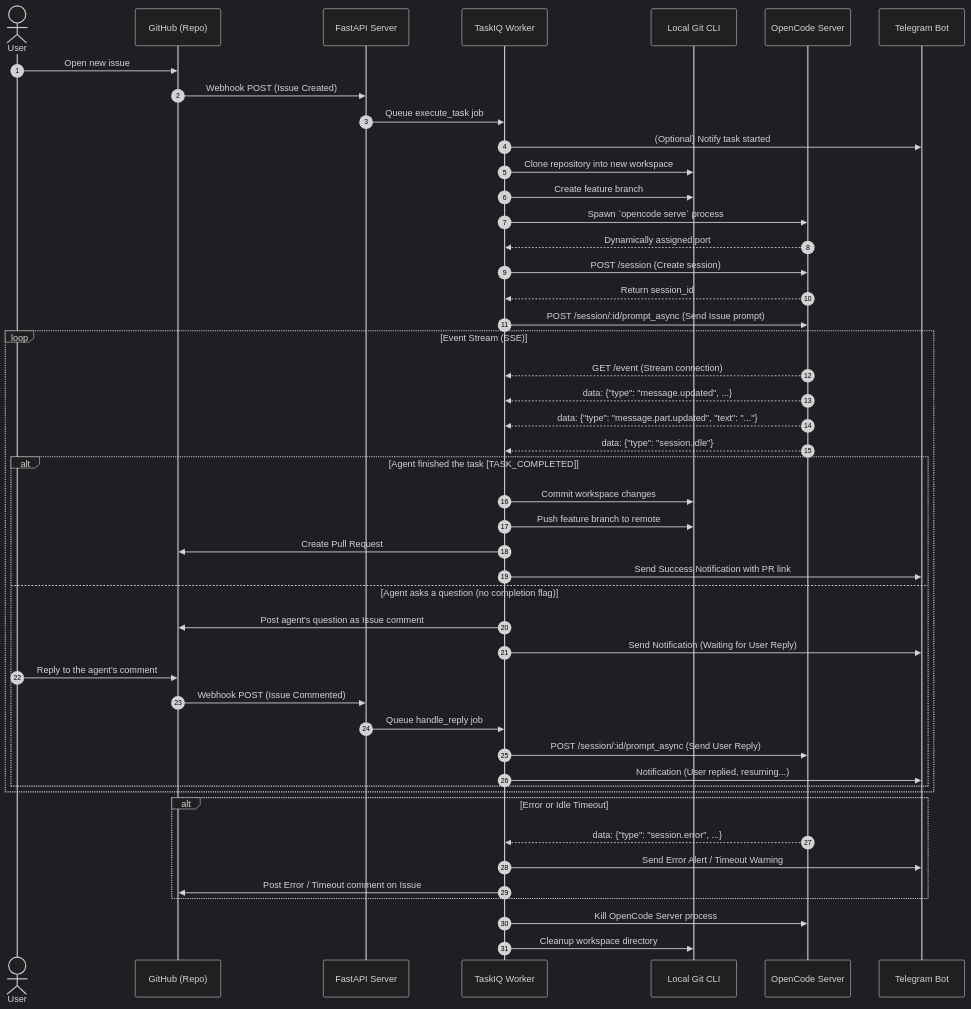
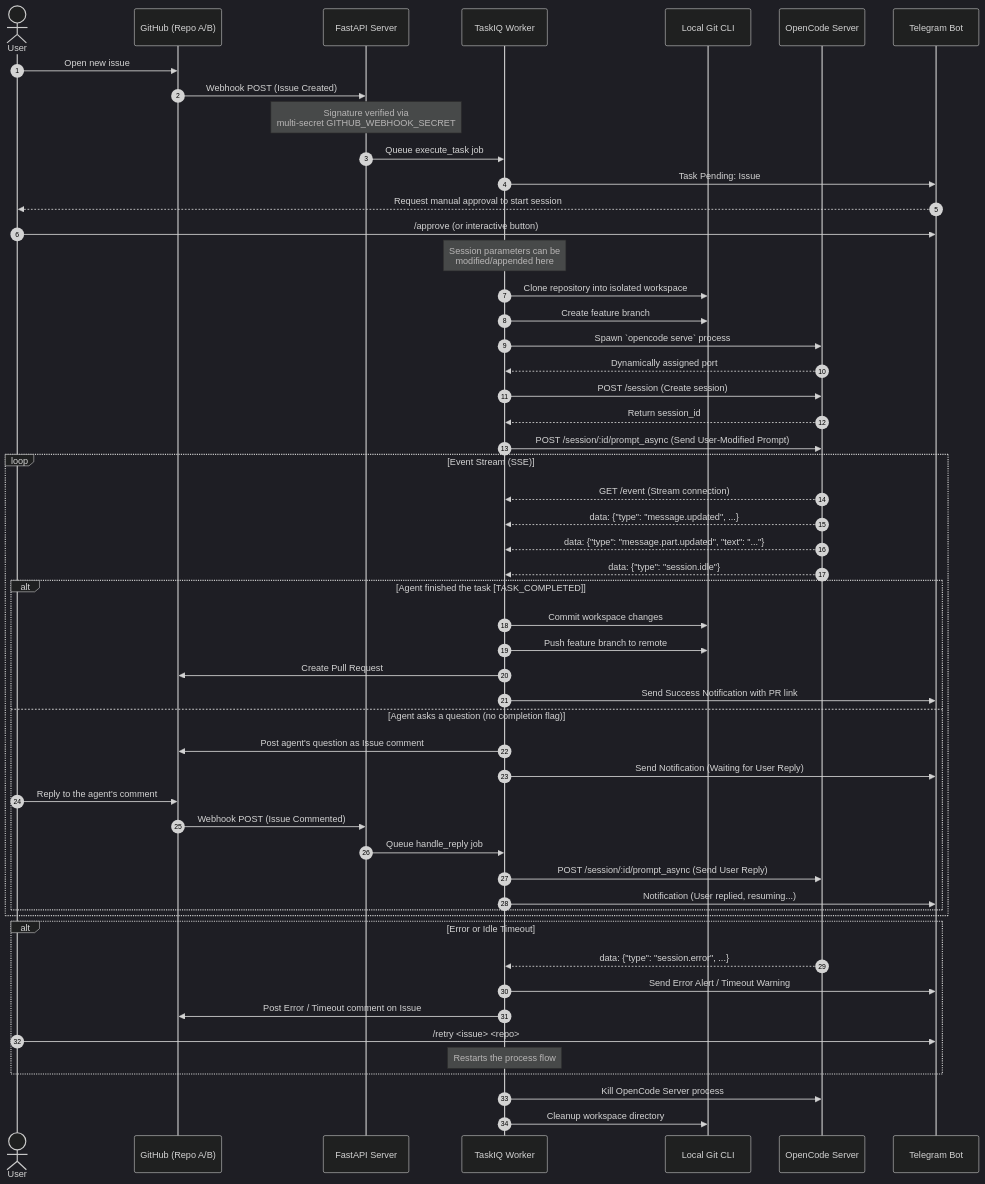
One commit to volk6022/AI-Coding-Agent-Orchestrator changed the diagram in interaction.md. Above: the diagram before and after it, drawn with Mermaid (dark theme). The commit also changed other lines of this file, not shown here.

Commit message:
docs: update interaction.md with multi-repo and HITL flow

````diff
--- a/interaction.md
+++ b/interaction.md
@@ -7,69 +7,79 @@
 ```mermaid
 sequenceDiagram
     autonumber
     
     actor User
-    participant GH as GitHub (Repo)
+    participant GH as GitHub (Repo A/B)
     participant Web as FastAPI Server
     participant Worker as TaskIQ Worker
     participant Git as Local Git CLI
     participant OC as OpenCode Server
     participant TG as Telegram Bot
     
     %% Task Initialization
     User->>GH: Open new issue
     GH->>Web: Webhook POST (Issue Created)
+    Note over Web: Signature verified via<br/>multi-secret GITHUB_WEBHOOK_SECRET
     Web->>Worker: Queue execute_task job
-    Worker->>TG: (Optional) Notify task started
+    Worker->>TG: Task Pending: Issue #N (Repo X)
+    
+    %% HITL Approval
+    TG-->>User: Request manual approval to start session
+    User->>TG: /approve (or interactive button)
+    Note over Worker: Session parameters can be<br/>modified/appended here
     
     %% Environment Setup
-    Worker->>Git: Clone repository into new workspace
+    Worker->>Git: Clone repository into isolated workspace
     Worker->>Git: Create feature branch
     Worker->>OC: Spawn `opencode serve` process
     OC-->>Worker: Dynamically assigned port
     
     %% Session Initialization
     Worker->>OC: POST /session (Create session)
     OC-->>Worker: Return session_id
-    Worker->>OC: POST /session/:id/prompt_async (Send Issue prompt)
+    Worker->>OC: POST /session/:id/prompt_async (Send User-Modified Prompt)
     
     %% SSE Event Loop
     loop Event Stream (SSE)
         OC-->>Worker: GET /event (Stream connection)
         OC-->>Worker: data: {"type": "message.updated", ...}
         
         %% Accumulating Assistant text parts
         OC-->>Worker: data: {"type": "message.part.updated", "text": "..."}
         
         %% Turn completion logic
         OC-->>Worker: data: {"type": "session.idle"}
         
         alt Agent finished the task [TASK_COMPLETED]
             Worker->>Git: Commit workspace changes
             Worker->>Git: Push feature branch to remote
             Worker->>GH: Create Pull Request
             Worker->>TG: Send Success Notification with PR link
             
         else Agent asks a question (no completion flag)
             Worker->>GH: Post agent's question as Issue comment
             Worker->>TG: Send Notification (Waiting for User Reply)
             
             %% Reply logic
             User->>GH: Reply to the agent's comment
             GH->>Web: Webhook POST (Issue Commented)
             Web->>Worker: Queue handle_reply job
             Worker->>OC: POST /session/:id/prompt_async (Send User Reply)
             Worker->>TG: Notification (User replied, resuming...)
         end
     end
     
     %% Error Handling & Cleanup
     alt Error or Idle Timeout
         OC-->>Worker: data: {"type": "session.error", ...}
         Worker->>TG: Send Error Alert / Timeout Warning
         Worker->>GH: Post Error / Timeout comment on Issue
+        
+        %% Admin recovery
+        User->>TG: /retry <issue> <repo>
+        Note over Worker: Restarts the process flow
     end
     
     Worker->>OC: Kill OpenCode Server process
     Worker->>Git: Cleanup workspace directory
 ```
````
